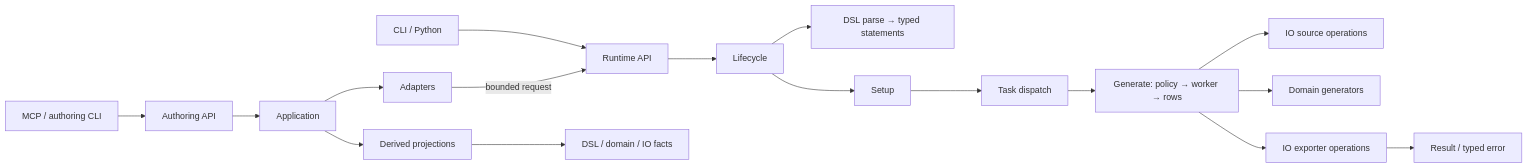
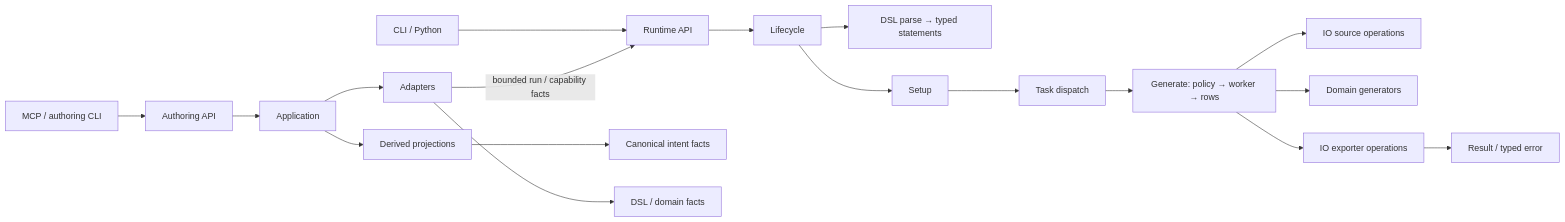
Before and after one commit to rapiddweller/datamimic: the diagram in docs/architecture/inner/target.md, drawn with Mermaid. The commit also changed other lines of this file and 13 other files, not shown here.

````diff
--- a/docs/architecture/inner/target.md
+++ b/docs/architecture/inner/target.md
@@ -129,19 +129,20 @@
 ```mermaid
 flowchart LR
   CLI["CLI / Python"] --> RA["Runtime API"]
   MCP["MCP / authoring CLI"] --> AA["Authoring API"]
   AA --> APP["Application"]
   APP --> AD["Adapters"]
   APP --> PR["Derived projections"]
-  PR --> DF["DSL / domain / IO facts"]
-  AD -->|"bounded request"| RA
+  PR --> IF["Canonical intent facts"]
+  AD --> DF["DSL / domain facts"]
+  AD -->|"bounded run / capability facts"| RA
   RA --> LIFE["Lifecycle"]
   LIFE --> PARSE["DSL parse → typed statements"]
   LIFE --> SETUP["Setup"]
   SETUP --> TASKS["Task dispatch"]
   TASKS --> GEN["Generate: policy → worker → rows"]
   GEN --> READ["IO source operations"]
   GEN --> DOMAIN["Domain generators"]
   GEN --> WRITE["IO exporter operations"]
   WRITE --> RESULT["Result / typed error"]
 ```
````
